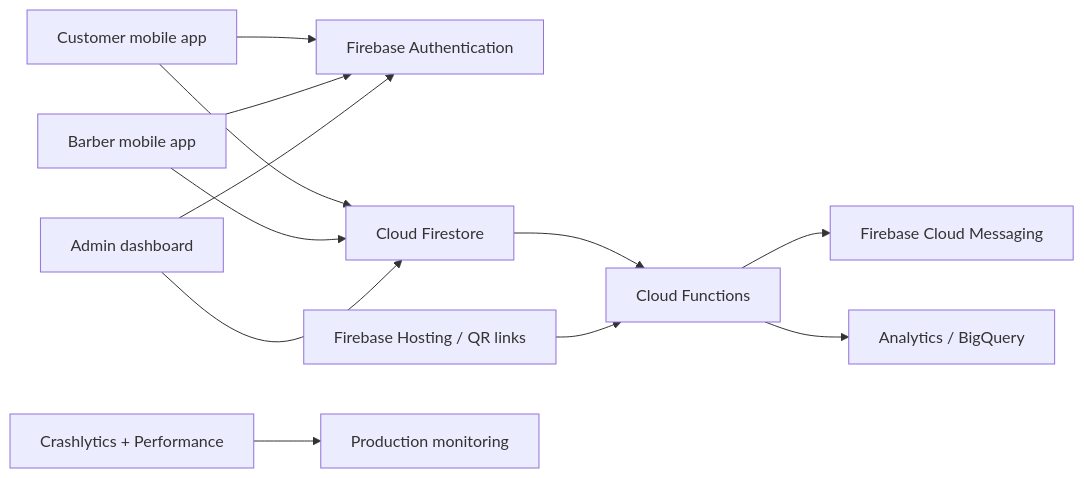
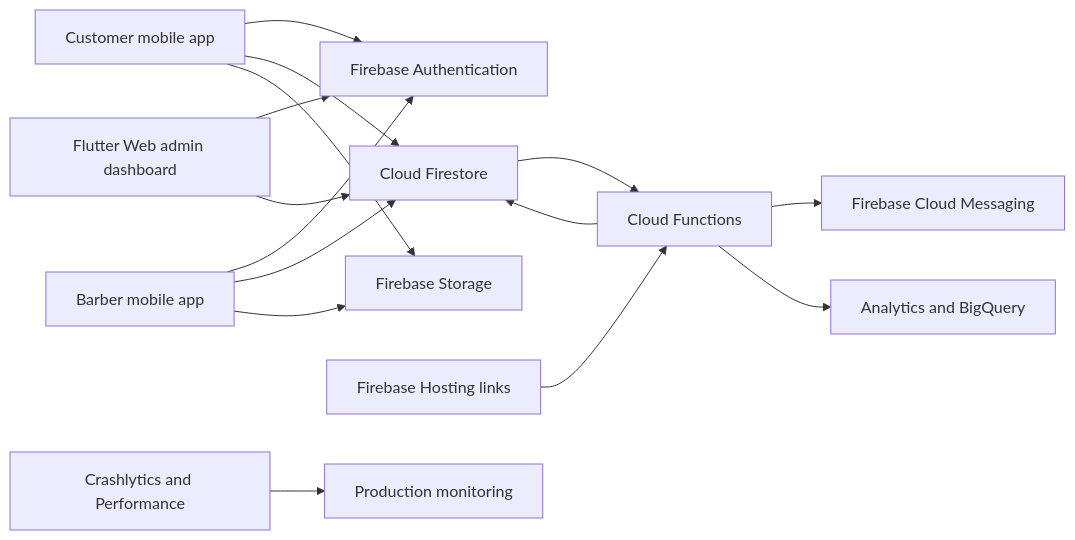
Before and after one commit to ammareerr201-alt/halaqi-case-study: the diagram in diagrams/system-overview.mmd, drawn with Mermaid. The commit also changed other lines of this file and 18 other files, not shown here.

```diff
--- a/diagrams/system-overview.mmd
+++ b/diagrams/system-overview.mmd
@@ -1,12 +1,15 @@
 flowchart LR
-    Customer["Customer mobile app"] --> Auth["Firebase Authentication"]
-    Barber["Barber mobile app"] --> Auth
-    Admin["Admin dashboard"] --> Auth
-    Customer --> Firestore["Cloud Firestore"]
-    Barber --> Firestore
-    Admin --> Firestore
-    Firestore --> Functions["Cloud Functions"]
-    Functions --> FCM["Firebase Cloud Messaging"]
-    Functions --> Analytics["Analytics / BigQuery"]
-    Hosting["Firebase Hosting / QR links"] --> Functions
-    Monitoring["Crashlytics + Performance"] --> Ops["Production monitoring"]
+  A["Customer mobile app"] --> B["Firebase Authentication"]
+  C["Barber mobile app"] --> B
+  D["Flutter Web admin dashboard"] --> B
+  A --> E["Cloud Firestore"]
+  C --> E
+  D --> E
+  A --> F["Firebase Storage"]
+  C --> F
+  E --> G["Cloud Functions"]
+  G --> E
+  G --> H["Firebase Cloud Messaging"]
+  G --> I["Analytics and BigQuery"]
+  J["Firebase Hosting links"] --> G
+  K["Crashlytics and Performance"] --> L["Production monitoring"]
```
